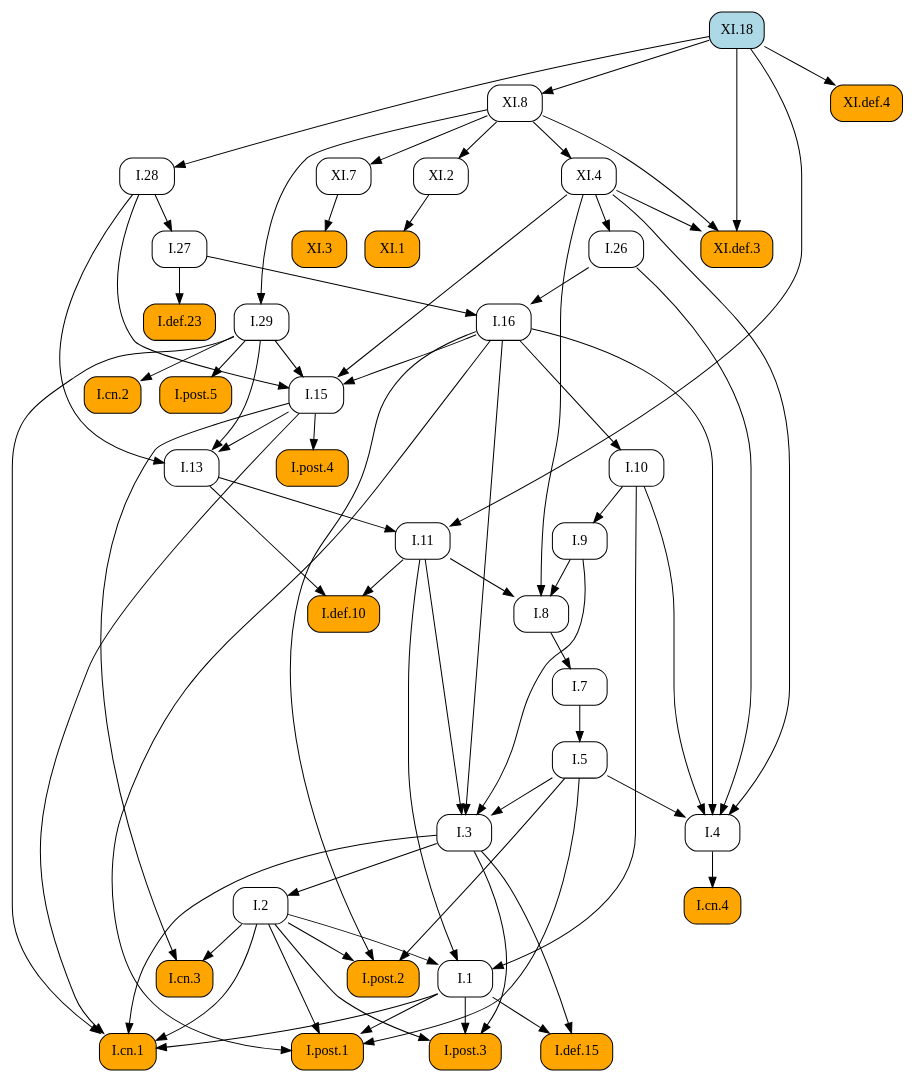
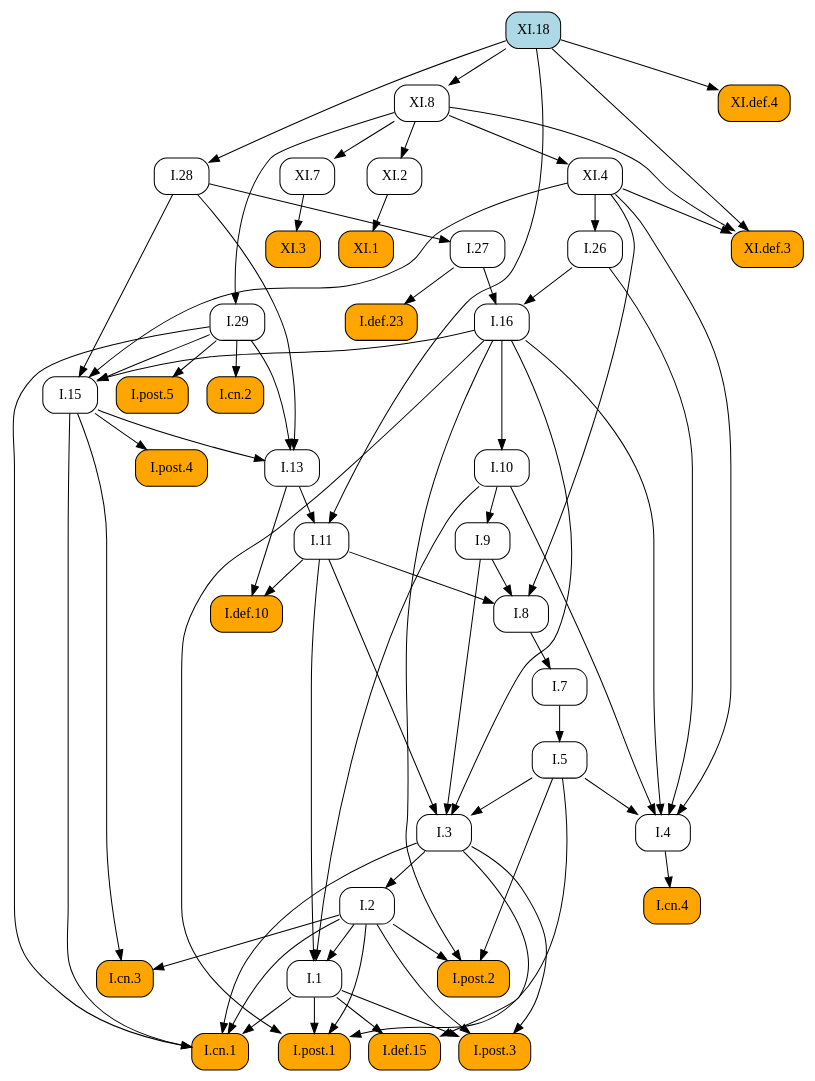
Before and after one commit to geometor/elements: the diagram in docsrc/heath/XI/18/index.rst, drawn with Graphviz. The commit also changed other lines of this file and 1029 other files, not shown here.

```diff
--- a/docsrc/heath/XI/18/index.rst
+++ b/docsrc/heath/XI/18/index.rst
@@ -43,113 +43,113 @@
    digraph {
      rankdir="TB";
      node [shape=box, style=rounded];
-     "I.cn.3" [style="rounded,filled", fillcolor=orange, URL="/heath/I/cn.3/", target="_top"];
-     "I.29" [URL="/heath/I/29/", target="_top"];
-     "I.7" [URL="/heath/I/7/", target="_top"];
-     "I.27" [URL="/heath/I/27/", target="_top"];
-     "I.def.23" [style="rounded,filled", fillcolor=orange, URL="/heath/I/def.23/", target="_top"];
-     "I.8" [URL="/heath/I/8/", target="_top"];
-     "I.9" [URL="/heath/I/9/", target="_top"];
-     "XI.4" [URL="/heath/XI/4/", target="_top"];
-     "I.post.4" [style="rounded,filled", fillcolor=orange, URL="/heath/I/post.4/", target="_top"];
-     "I.2" [URL="/heath/I/2/", target="_top"];
-     "XI.18" [style="rounded,filled", fillcolor=lightblue, URL="/heath/XI/18/", target="_top"];
+     "I.def.10" [style="rounded,filled", fillcolor=orange, URL="/heath/I/def.10/", target="_top"];
+     "I.11" [URL="/heath/I/11/", target="_top"];
+     "XI.def.3" [style="rounded,filled", fillcolor=orange, URL="/heath/XI/def.3/", target="_top"];
      "I.28" [URL="/heath/I/28/", target="_top"];
      "I.1" [URL="/heath/I/1/", target="_top"];
+     "I.post.4" [style="rounded,filled", fillcolor=orange, URL="/heath/I/post.4/", target="_top"];
+     "I.26" [URL="/heath/I/26/", target="_top"];
+     "XI.7" [URL="/heath/XI/7/", target="_top"];
+     "I.29" [URL="/heath/I/29/", target="_top"];
+     "I.cn.2" [style="rounded,filled", fillcolor=orange, URL="/heath/I/cn.2/", target="_top"];
+     "XI.8" [URL="/heath/XI/8/", target="_top"];
      "I.def.15" [style="rounded,filled", fillcolor=orange, URL="/heath/I/def.15/", target="_top"];
+     "I.post.3" [style="rounded,filled", fillcolor=orange, URL="/heath/I/post.3/", target="_top"];
+     "XI.1" [style="rounded,filled", fillcolor=orange, URL="/heath/XI/1/", target="_top"];
+     "I.cn.1" [style="rounded,filled", fillcolor=orange, URL="/heath/I/cn.1/", target="_top"];
+     "I.cn.3" [style="rounded,filled", fillcolor=orange, URL="/heath/I/cn.3/", target="_top"];
+     "XI.2" [URL="/heath/XI/2/", target="_top"];
      "I.post.1" [style="rounded,filled", fillcolor=orange, URL="/heath/I/post.1/", target="_top"];
-     "XI.1" [style="rounded,filled", fillcolor=orange, URL="/heath/XI/1/", target="_top"];
+     "I.27" [URL="/heath/I/27/", target="_top"];
+     "I.7" [URL="/heath/I/7/", target="_top"];
+     "I.3" [URL="/heath/I/3/", target="_top"];
+     "I.2" [URL="/heath/I/2/", target="_top"];
+     "I.def.23" [style="rounded,filled", fillcolor=orange, URL="/heath/I/def.23/", target="_top"];
+     "I.4" [URL="/heath/I/4/", target="_top"];
+     "I.13" [URL="/heath/I/13/", target="_top"];
+     "XI.def.4" [style="rounded,filled", fillcolor=orange, URL="/heath/XI/def.4/", target="_top"];
+     "I.post.2" [style="rounded,filled", fillcolor=orange, URL="/heath/I/post.2/", target="_top"];
+     "I.16" [URL="/heath/I/16/", target="_top"];
+     "I.9" [URL="/heath/I/9/", target="_top"];
+     "XI.18" [style="rounded,filled", fillcolor=lightblue, URL="/heath/XI/18/", target="_top"];
+     "I.8" [URL="/heath/I/8/", target="_top"];
      "I.cn.4" [style="rounded,filled", fillcolor=orange, URL="/heath/I/cn.4/", target="_top"];
-     "I.26" [URL="/heath/I/26/", target="_top"];
-     "I.13" [URL="/heath/I/13/", target="_top"];
-     "I.cn.2" [style="rounded,filled", fillcolor=orange, URL="/heath/I/cn.2/", target="_top"];
+     "I.15" [URL="/heath/I/15/", target="_top"];
+     "XI.4" [URL="/heath/XI/4/", target="_top"];
+     "I.post.5" [style="rounded,filled", fillcolor=orange, URL="/heath/I/post.5/", target="_top"];
+     "I.10" [URL="/heath/I/10/", target="_top"];
      "I.5" [URL="/heath/I/5/", target="_top"];
-     "I.11" [URL="/heath/I/11/", target="_top"];
-     "XI.def.4" [style="rounded,filled", fillcolor=orange, URL="/heath/XI/def.4/", target="_top"];
-     "I.4" [URL="/heath/I/4/", target="_top"];
-     "I.10" [URL="/heath/I/10/", target="_top"];
-     "I.3" [URL="/heath/I/3/", target="_top"];
-     "I.16" [URL="/heath/I/16/", target="_top"];
-     "I.def.10" [style="rounded,filled", fillcolor=orange, URL="/heath/I/def.10/", target="_top"];
-     "XI.def.3" [style="rounded,filled", fillcolor=orange, URL="/heath/XI/def.3/", target="_top"];
-     "I.post.2" [style="rounded,filled", fillcolor=orange, URL="/heath/I/post.2/", target="_top"];
-     "I.post.3" [style="rounded,filled", fillcolor=orange, URL="/heath/I/post.3/", target="_top"];
-     "I.post.5" [style="rounded,filled", fillcolor=orange, URL="/heath/I/post.5/", target="_top"];
      "XI.3" [style="rounded,filled", fillcolor=orange, URL="/heath/XI/3/", target="_top"];
-     "XI.7" [URL="/heath/XI/7/", target="_top"];
-     "I.15" [URL="/heath/I/15/", target="_top"];
-     "I.cn.1" [style="rounded,filled", fillcolor=orange, URL="/heath/I/cn.1/", target="_top"];
-     "XI.2" [URL="/heath/XI/2/", target="_top"];
-     "XI.8" [URL="/heath/XI/8/", target="_top"];
-     "I.2" -> "I.cn.3";
-     "I.15" -> "I.cn.3";
-     "XI.8" -> "I.29";
-     "I.8" -> "I.7";
-     "I.28" -> "I.27";
-     "I.27" -> "I.def.23";
-     "I.9" -> "I.8";
-     "I.11" -> "I.8";
-     "XI.4" -> "I.8";
-     "I.10" -> "I.9";
-     "XI.8" -> "XI.4";
-     "I.15" -> "I.post.4";
-     "I.3" -> "I.2";
+     "I.11" -> "I.def.10";
+     "I.13" -> "I.def.10";
+     "I.13" -> "I.11";
+     "XI.18" -> "I.11";
+     "XI.4" -> "XI.def.3";
+     "XI.8" -> "XI.def.3";
+     "XI.18" -> "XI.def.3";
      "XI.18" -> "I.28";
      "I.2" -> "I.1";
      "I.10" -> "I.1";
      "I.11" -> "I.1";
+     "I.15" -> "I.post.4";
+     "XI.4" -> "I.26";
+     "XI.8" -> "XI.7";
+     "XI.8" -> "I.29";
+     "I.29" -> "I.cn.2";
+     "XI.18" -> "XI.8";
      "I.1" -> "I.def.15";
      "I.3" -> "I.def.15";
+     "I.1" -> "I.post.3";
+     "I.2" -> "I.post.3";
+     "I.3" -> "I.post.3";
+     "XI.2" -> "XI.1";
+     "I.1" -> "I.cn.1";
+     "I.2" -> "I.cn.1";
+     "I.3" -> "I.cn.1";
+     "I.15" -> "I.cn.1";
+     "I.29" -> "I.cn.1";
+     "I.2" -> "I.cn.3";
+     "I.15" -> "I.cn.3";
+     "XI.8" -> "XI.2";
      "I.1" -> "I.post.1";
      "I.2" -> "I.post.1";
      "I.5" -> "I.post.1";
      "I.16" -> "I.post.1";
-     "XI.2" -> "XI.1";
-     "I.4" -> "I.cn.4";
-     "XI.4" -> "I.26";
-     "I.15" -> "I.13";
-     "I.28" -> "I.13";
-     "I.29" -> "I.13";
-     "I.29" -> "I.cn.2";
-     "I.7" -> "I.5";
-     "I.13" -> "I.11";
-     "XI.18" -> "I.11";
-     "XI.18" -> "XI.def.4";
+     "I.28" -> "I.27";
+     "I.8" -> "I.7";
+     "I.5" -> "I.3";
+     "I.9" -> "I.3";
+     "I.11" -> "I.3";
+     "I.16" -> "I.3";
+     "I.3" -> "I.2";
+     "I.27" -> "I.def.23";
      "I.5" -> "I.4";
      "I.10" -> "I.4";
      "I.16" -> "I.4";
      "I.26" -> "I.4";
      "XI.4" -> "I.4";
-     "I.16" -> "I.10";
-     "I.5" -> "I.3";
-     "I.9" -> "I.3";
-     "I.11" -> "I.3";
-     "I.16" -> "I.3";
-     "I.26" -> "I.16";
-     "I.27" -> "I.16";
-     "I.11" -> "I.def.10";
-     "I.13" -> "I.def.10";
-     "XI.4" -> "XI.def.3";
-     "XI.8" -> "XI.def.3";
-     "XI.18" -> "XI.def.3";
+     "I.15" -> "I.13";
+     "I.28" -> "I.13";
+     "I.29" -> "I.13";
+     "XI.18" -> "XI.def.4";
      "I.2" -> "I.post.2";
      "I.5" -> "I.post.2";
      "I.16" -> "I.post.2";
-     "I.1" -> "I.post.3";
-     "I.2" -> "I.post.3";
-     "I.3" -> "I.post.3";
-     "I.29" -> "I.post.5";
-     "XI.7" -> "XI.3";
-     "XI.8" -> "XI.7";
+     "I.26" -> "I.16";
+     "I.27" -> "I.16";
+     "I.10" -> "I.9";
+     "I.9" -> "I.8";
+     "I.11" -> "I.8";
+     "XI.4" -> "I.8";
+     "I.4" -> "I.cn.4";
      "I.16" -> "I.15";
      "I.28" -> "I.15";
      "I.29" -> "I.15";
      "XI.4" -> "I.15";
-     "I.1" -> "I.cn.1";
-     "I.2" -> "I.cn.1";
-     "I.3" -> "I.cn.1";
-     "I.15" -> "I.cn.1";
-     "I.29" -> "I.cn.1";
-     "XI.8" -> "XI.2";
-     "XI.18" -> "XI.8";
+     "XI.8" -> "XI.4";
+     "I.29" -> "I.post.5";
+     "I.16" -> "I.10";
+     "I.7" -> "I.5";
+     "XI.7" -> "XI.3";
    }
```
